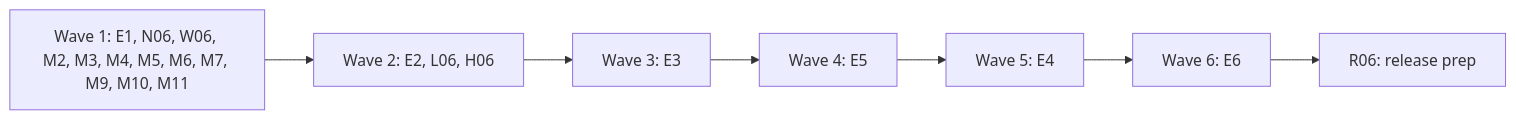
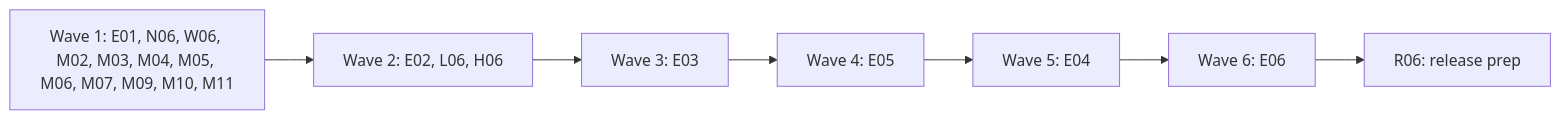
The diagram in docs/plan-0.6.0-rc.1.md (alfhen/pingwright), drawn with Mermaid before and after one commit. The commit also changed other lines of this file, not shown here.

````diff
--- a/docs/plan-0.6.0-rc.1.md
+++ b/docs/plan-0.6.0-rc.1.md
@@ -93,9 +93,9 @@
 ```mermaid
 flowchart LR
-  W1["Wave 1: E1, N06, W06, M2, M3, M4, M5, M6, M7, M9, M10, M11"] --> W2["Wave 2: E2, L06, H06"]
-  W2 --> W3["Wave 3: E3"]
-  W3 --> W4["Wave 4: E5"]
-  W4 --> W5["Wave 5: E4"]
-  W5 --> W6["Wave 6: E6"]
+  W1["Wave 1: E01, N06, W06, M02, M03, M04, M05, M06, M07, M09, M10, M11"] --> W2["Wave 2: E02, L06, H06"]
+  W2 --> W3["Wave 3: E03"]
+  W3 --> W4["Wave 4: E05"]
+  W4 --> W5["Wave 5: E04"]
+  W5 --> W6["Wave 6: E06"]
   W6 --> R["R06: release prep"]
 ```
````
